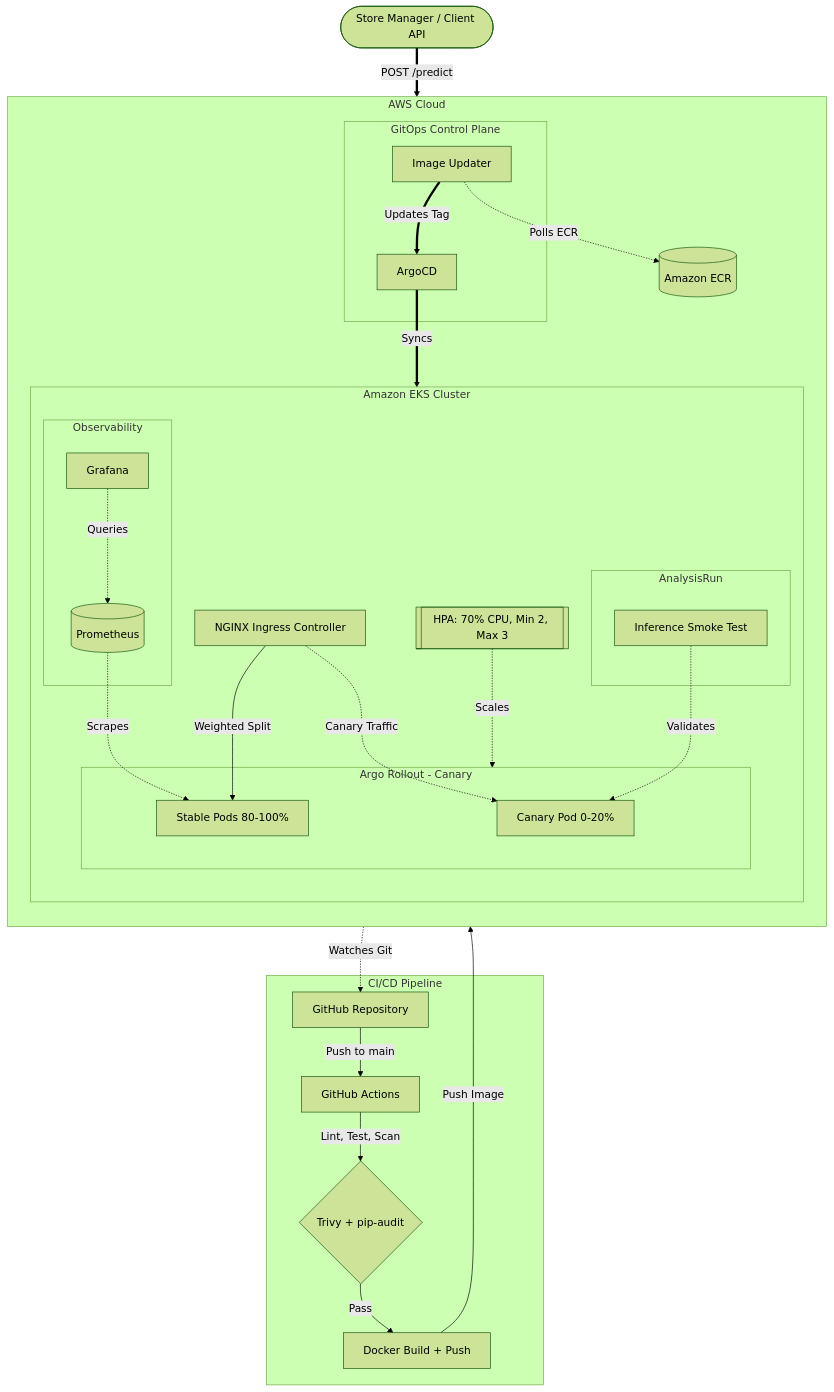
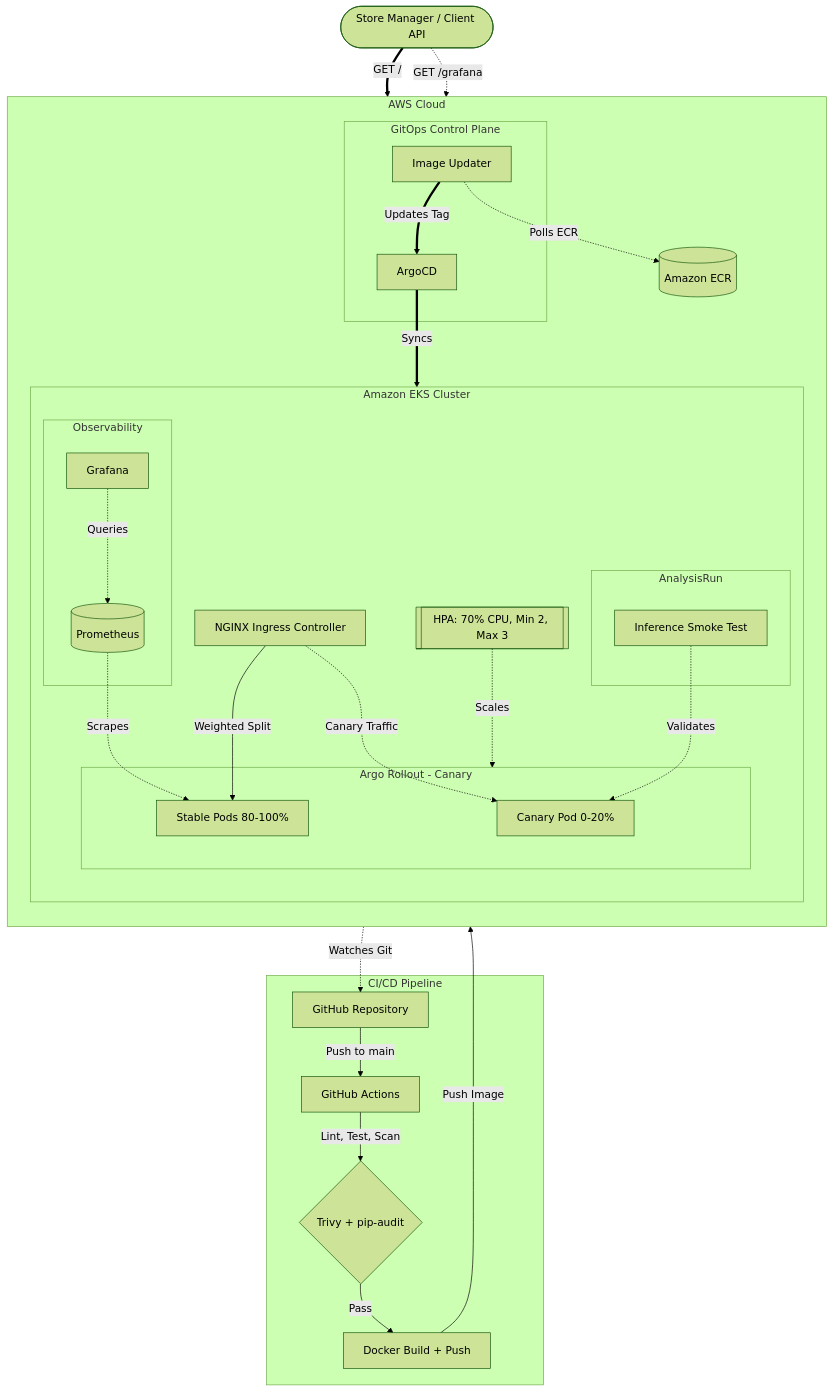
Before and after one commit to NFRohan/ShelfWatch: the diagram in README.md, drawn with Mermaid (forest theme). The commit also changed other lines of this file, not shown here.

````diff
--- a/README.md
+++ b/README.md
@@ -43,55 +43,56 @@
 ```mermaid
 flowchart TB
     Client(["Store Manager / Client API"])
 
     subgraph CICD["CI/CD Pipeline"]
         GH["GitHub Repository"] -->|Push to main| Actions["GitHub Actions"]
         Actions -->|"Lint, Test, Scan"| SecurityGate{"Trivy + pip-audit"}
         SecurityGate -->|Pass| Build["Docker Build + Push"]
     end
 
     subgraph AWS["AWS Cloud"]
         direction TB
         ECR[("Amazon ECR")]
 
         subgraph EKS["Amazon EKS Cluster"]
             direction TB
             NGINX["NGINX Ingress Controller"]
             HPA[["HPA: 70% CPU, Min 2, Max 3"]]
 
             subgraph Rollout["Argo Rollout - Canary"]
                 Stable["Stable Pods 80-100%"]
                 Canary["Canary Pod 0-20%"]
             end
 
             subgraph SmokeTest["AnalysisRun"]
                 Job["Inference Smoke Test"]
             end
 
             subgraph Observability["Observability"]
                 Prometheus[("Prometheus")]
                 Grafana["Grafana"]
             end
 
             NGINX -->|"Weighted Split"| Stable
             NGINX -.->|"Canary Traffic"| Canary
             Job -.->|"Validates"| Canary
             HPA -.->|"Scales"| Rollout
             Prometheus -.->|"Scrapes"| Stable
             Grafana -.->|"Queries"| Prometheus
         end
 
         subgraph GitOps["GitOps Control Plane"]
             ArgoCD["ArgoCD"]
             ImgUpdater["Image Updater"]
         end
 
         Build -->|Push Image| ECR
         ImgUpdater -.->|"Polls ECR"| ECR
         ImgUpdater ==>|"Updates Tag"| ArgoCD
         ArgoCD -.->|"Watches Git"| GH
         ArgoCD ==>|"Syncs"| EKS
     end
 
-    Client ==>|"POST /predict"| NGINX
+    Client ==>|"GET /"| NGINX
+    Client -.->|"GET /grafana"| NGINX
 ```
````
